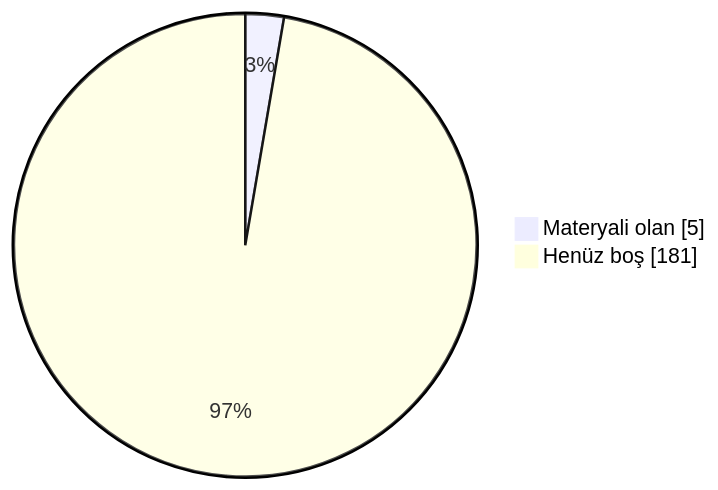
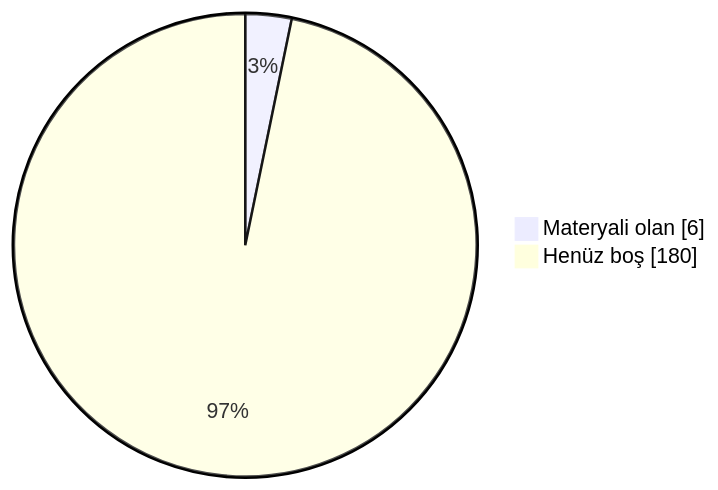
Before and after one commit to MarmaraArsiv/muh_bilgisayar: the diagram in README.md, drawn with Mermaid. The commit also changed other lines of this file, not shown here.

````diff
--- a/README.md
+++ b/README.md
@@ -105,5 +105,5 @@
 ```mermaid
 pie showData
-  "Materyali olan" : 5
-  "Henüz boş" : 181
+  "Materyali olan" : 6
+  "Henüz boş" : 180
 ```
````
